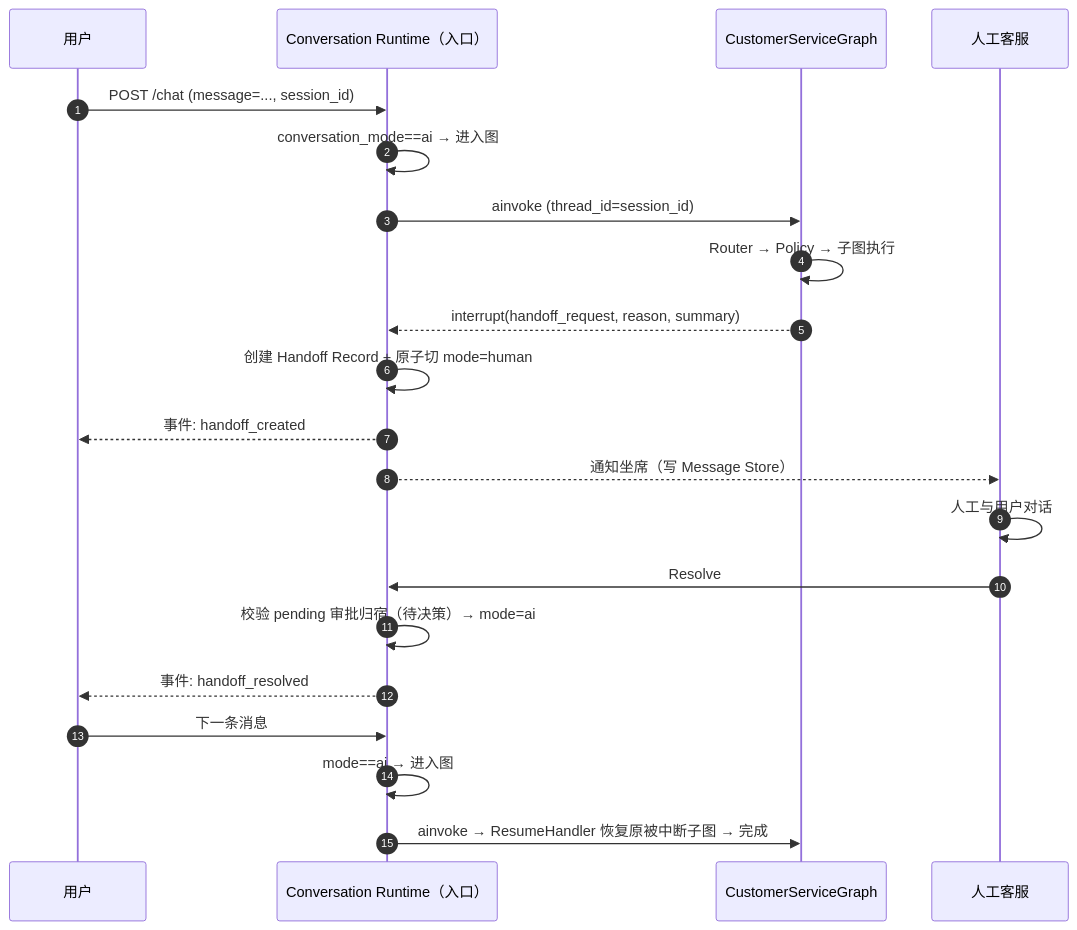
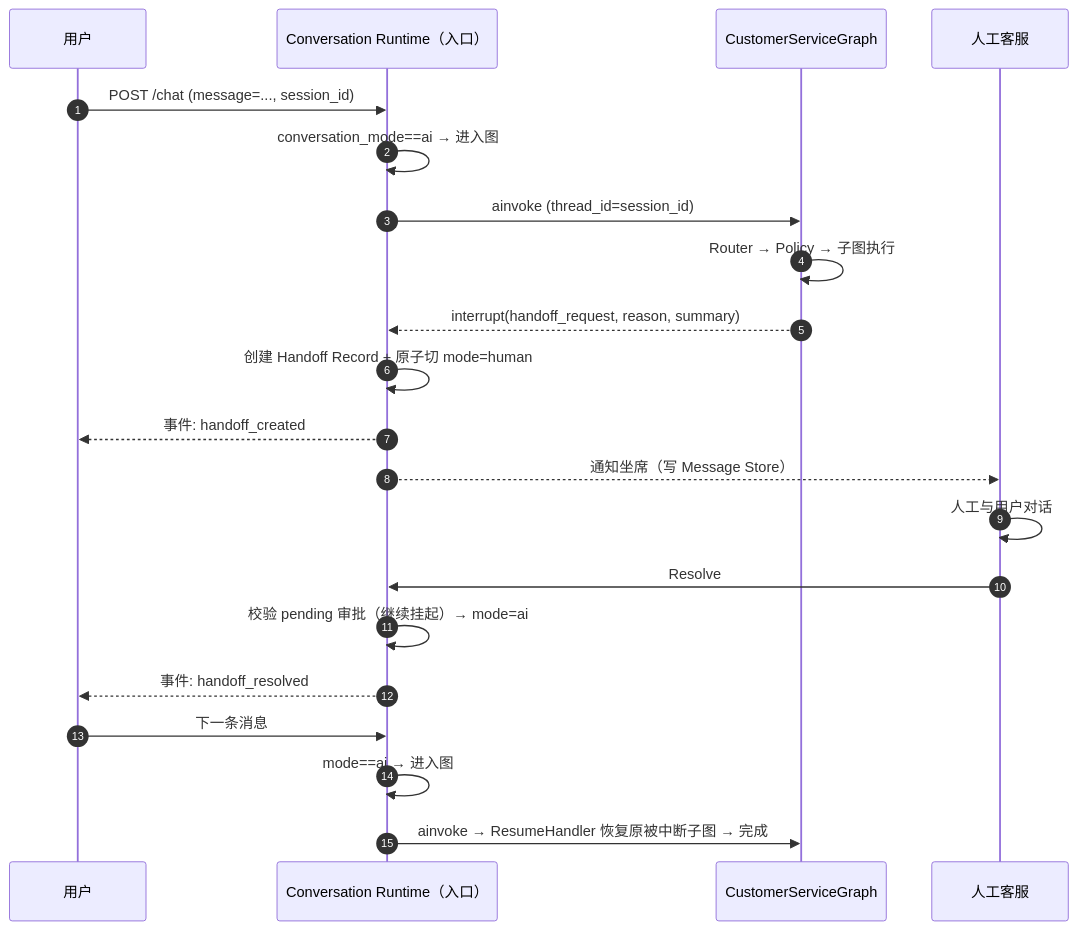
The third of 3 diagrams in AI Service Agent/docs/diagrams/interrupt-resume-sequence.md (wlyqiqi/ai-service-agent), drawn with Mermaid before and after one commit. The commit also changed other lines of this file and 7 other files, not shown here.

First line of the commit message:
docs: 定案两项待裁决项（ID 映射 + pending 审批归宿）

````diff
--- a/AI Service Agent/docs/diagrams/interrupt-resume-sequence.md
+++ b/AI Service Agent/docs/diagrams/interrupt-resume-sequence.md
@@ -68,24 +68,24 @@
 ```mermaid
 sequenceDiagram
     autonumber
     participant U as 用户
     participant C as Conversation Runtime（入口）
     participant G as CustomerServiceGraph
     participant H as 人工客服
 
     U->>C: POST /chat (message=..., session_id)
     C->>C: conversation_mode==ai → 进入图
     C->>G: ainvoke (thread_id=session_id)
     G->>G: Router → Policy → 子图执行
     G-->>C: interrupt(handoff_request, reason, summary)
     C->>C: 创建 Handoff Record + 原子切 mode=human
     C-->>U: 事件: handoff_created
     C-->>H: 通知坐席（写 Message Store）
     H->>H: 人工与用户对话
     H->>C: Resolve
-    C->>C: 校验 pending 审批归宿（待决策）→ mode=ai
+    C->>C: 校验 pending 审批（继续挂起）→ mode=ai
     C-->>U: 事件: handoff_resolved
     U->>C: 下一条消息
     C->>C: mode==ai → 进入图
     C->>G: ainvoke → ResumeHandler 恢复原被中断子图 → 完成
 ```
````
